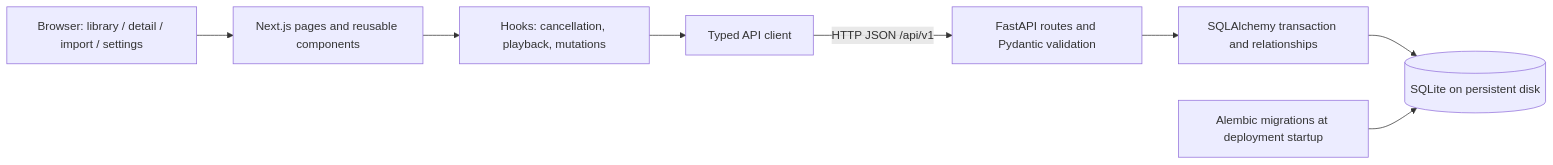
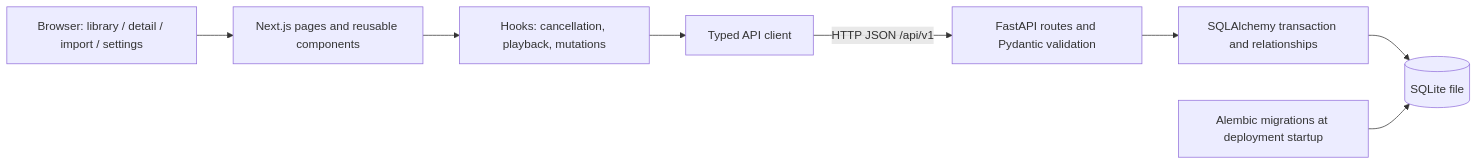
The first of 2 diagrams in README.md (madhavzer0oo0/firefliesclone), drawn with Mermaid before and after one commit. The commit also changed other lines of this file, not shown here.

````diff
--- a/README.md
+++ b/README.md
@@ -53,10 +63,10 @@
 ```mermaid
 flowchart LR
   Browser[Browser: library / detail / import / settings] --> Next[Next.js pages and reusable components]
   Next --> Hooks[Hooks: cancellation, playback, mutations]
   Hooks --> Client[Typed API client]
   Client -->|HTTP JSON /api/v1| API[FastAPI routes and Pydantic validation]
   API --> ORM[SQLAlchemy transaction and relationships]
-  ORM --> DB[(SQLite on persistent disk)]
+  ORM --> DB[(SQLite file)]
   Alembic[Alembic migrations at deployment startup] --> DB
 ```
````
